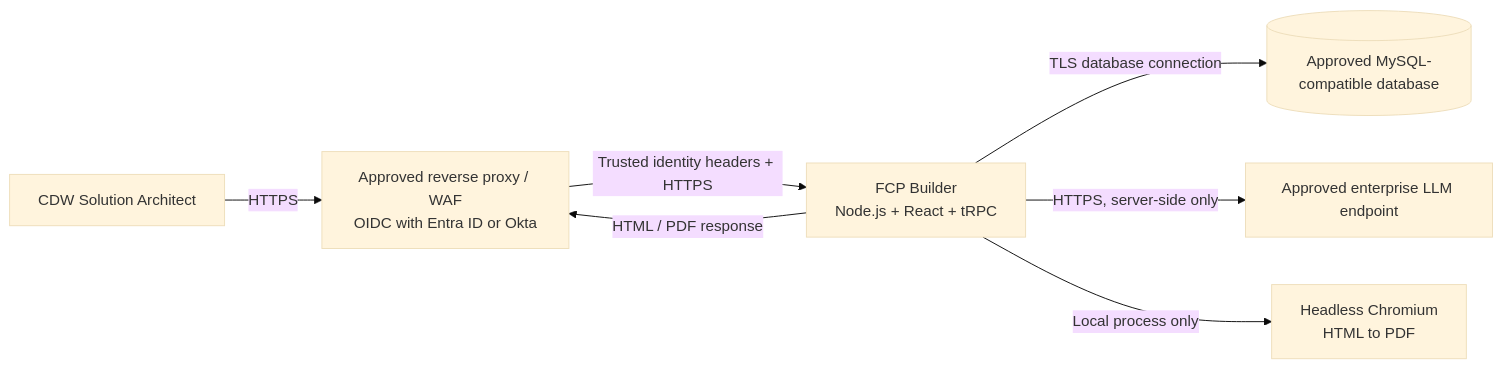
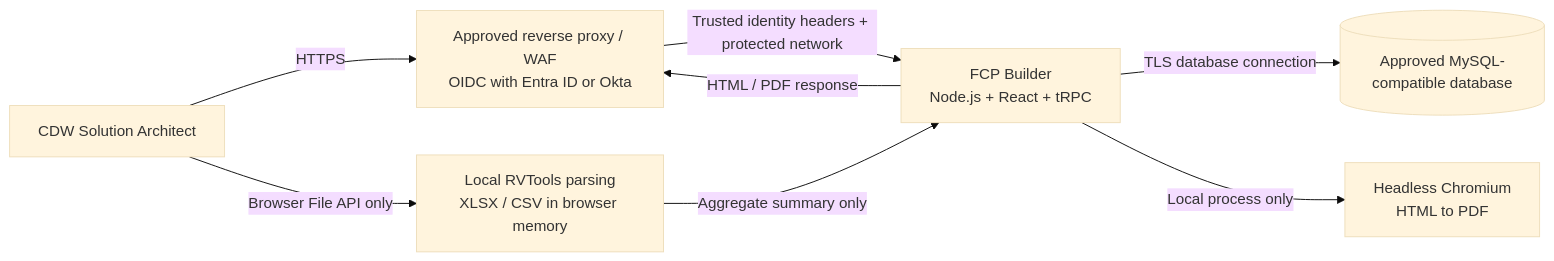
Before and after one commit to walkernetworks/fcp-builder-cdw: the first of 2 diagrams in docs/SECURITY-REVIEW.md, drawn with Mermaid (base theme). The commit also changed other lines of this file and 24 other files, not shown here.

````diff
--- a/docs/SECURITY-REVIEW.md
+++ b/docs/SECURITY-REVIEW.md
@@ -11,9 +13,10 @@
 ```mermaid
 flowchart LR
   SA[CDW Solution Architect] -->|HTTPS| GW[Approved reverse proxy / WAF\nOIDC with Entra ID or Okta]
-  GW -->|Trusted identity headers + HTTPS| APP[FCP Builder\nNode.js + React + tRPC]
+  GW -->|Trusted identity headers + protected network| APP[FCP Builder\nNode.js + React + tRPC]
   APP -->|TLS database connection| DB[(Approved MySQL-compatible database)]
-  APP -->|HTTPS, server-side only| LLM[Approved enterprise LLM endpoint]
   APP -->|Local process only| CH[Headless Chromium\nHTML to PDF]
   APP -->|HTML / PDF response| GW
+  SA -->|Browser File API only| LOCAL[Local RVTools parsing\nXLSX / CSV in browser memory]
+  LOCAL -->|Aggregate summary only| APP
 ```
````
